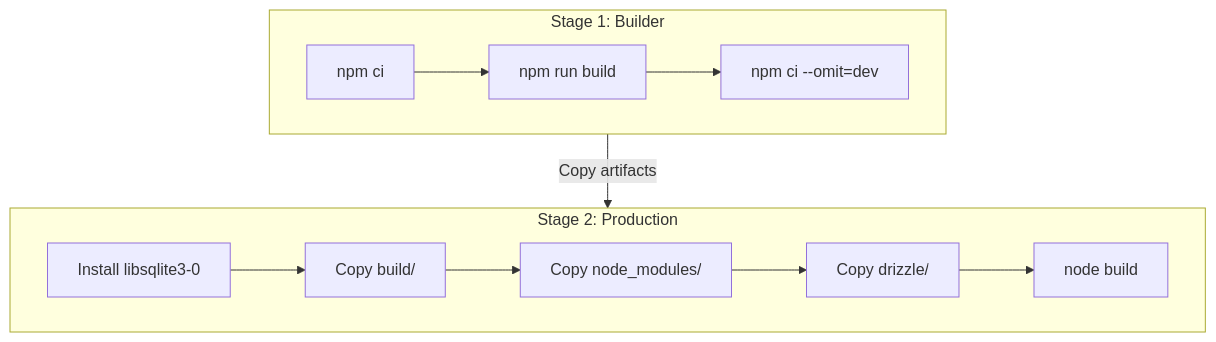
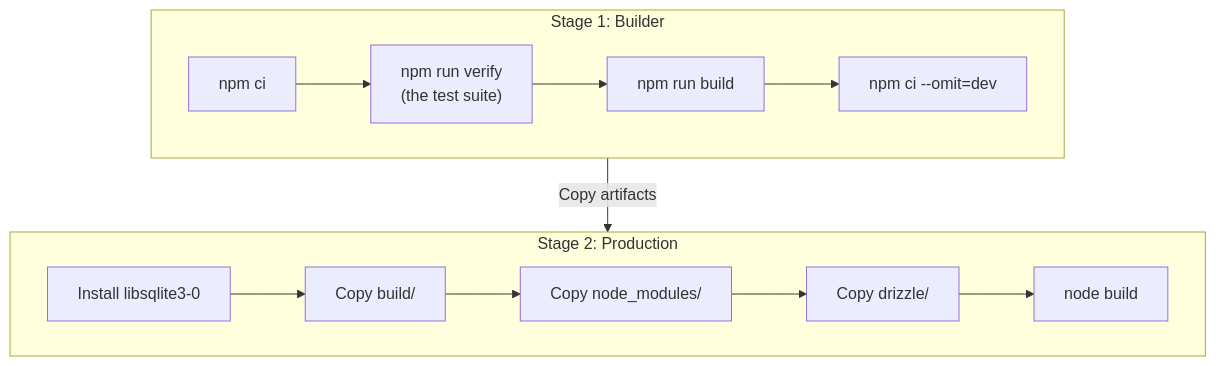
One commit to gitBoon/DumpFire changed the second of 10 diagrams in docs/deployment.md. Above: the diagram before and after it, drawn with Mermaid. The commit also changed other lines of this file and 317 other files, not shown here.

````diff
--- a/docs/deployment.md
+++ b/docs/deployment.md
@@ -53,18 +67,19 @@
 ```mermaid
 flowchart TD
     subgraph Stage1["Stage 1: Builder"]
-        S1A["npm ci"] --> S1B["npm run build"]
+        S1A["npm ci"] --> S1V["npm run verify\n(the test suite)"]
+        S1V --> S1B["npm run build"]
         S1B --> S1C["npm ci --omit=dev"]
     end
 
     subgraph Stage2["Stage 2: Production"]
         S2A["Install libsqlite3-0"]
         S2B["Copy build/"]
         S2C["Copy node_modules/"]
         S2D["Copy drizzle/"]
         S2E["node build"]
         S2A --> S2B --> S2C --> S2D --> S2E
     end
 
     Stage1 -->|"Copy artifacts"| Stage2
 ```
````
